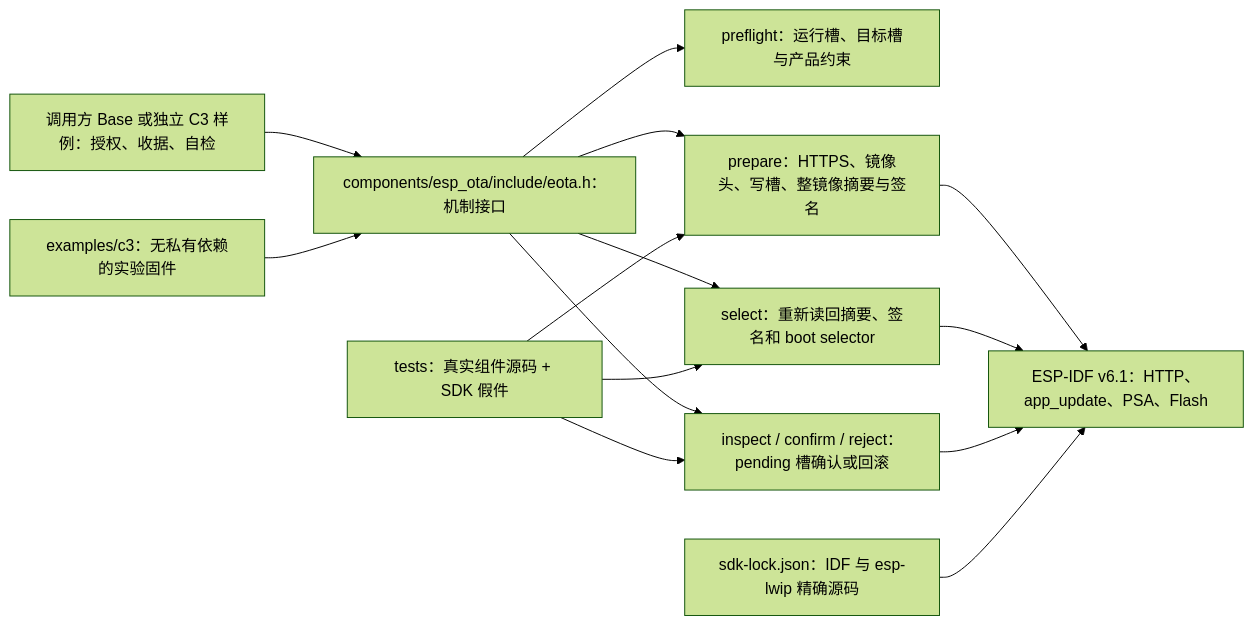
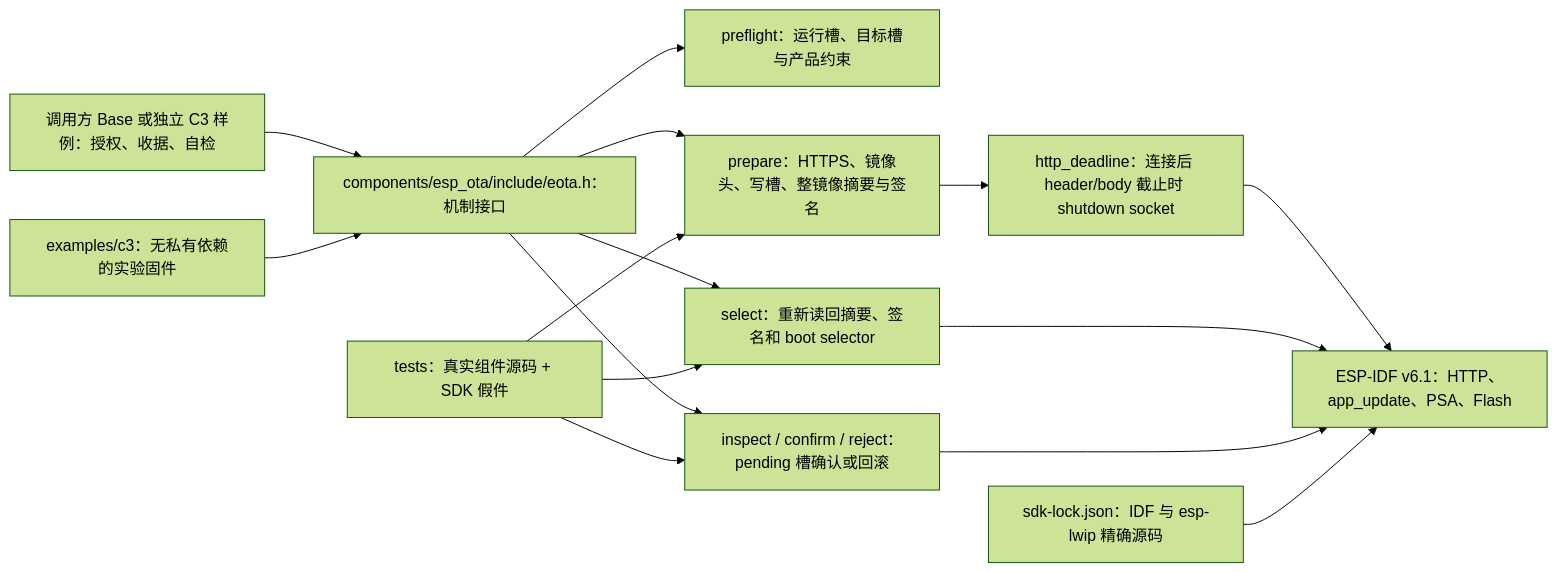
The diagram in README.md (darren-you/esp-ota), drawn with Mermaid (forest theme) before and after one commit. The commit also changed other lines of this file and 15 other files, not shown here.

````diff
--- a/README.md
+++ b/README.md
@@ -7,16 +7,17 @@
 ```mermaid
 flowchart LR
     app["调用方 Base 或独立 C3 样例：授权、收据、自检"] --> api["components/esp_ota/include/eota.h：机制接口"]
     api --> preflight["preflight：运行槽、目标槽与产品约束"]
     api --> prepare["prepare：HTTPS、镜像头、写槽、整镜像摘要与签名"]
     api --> select["select：重新读回摘要、签名和 boot selector"]
     api --> confirm["inspect / confirm / reject：pending 槽确认或回滚"]
-    prepare --> sdk["ESP-IDF v6.1：HTTP、app_update、PSA、Flash"]
+    prepare --> deadline["http_deadline：连接后 header/body 截止时 shutdown socket"]
+    deadline --> sdk["ESP-IDF v6.1：HTTP、app_update、PSA、Flash"]
     select --> sdk
     confirm --> sdk
     lock["sdk-lock.json：IDF 与 esp-lwip 精确源码"] --> sdk
     host["tests：真实组件源码 + SDK 假件"] --> prepare
     host --> select
     host --> confirm
     sample["examples/c3：无私有依赖的实验固件"] --> api
 ```
````
